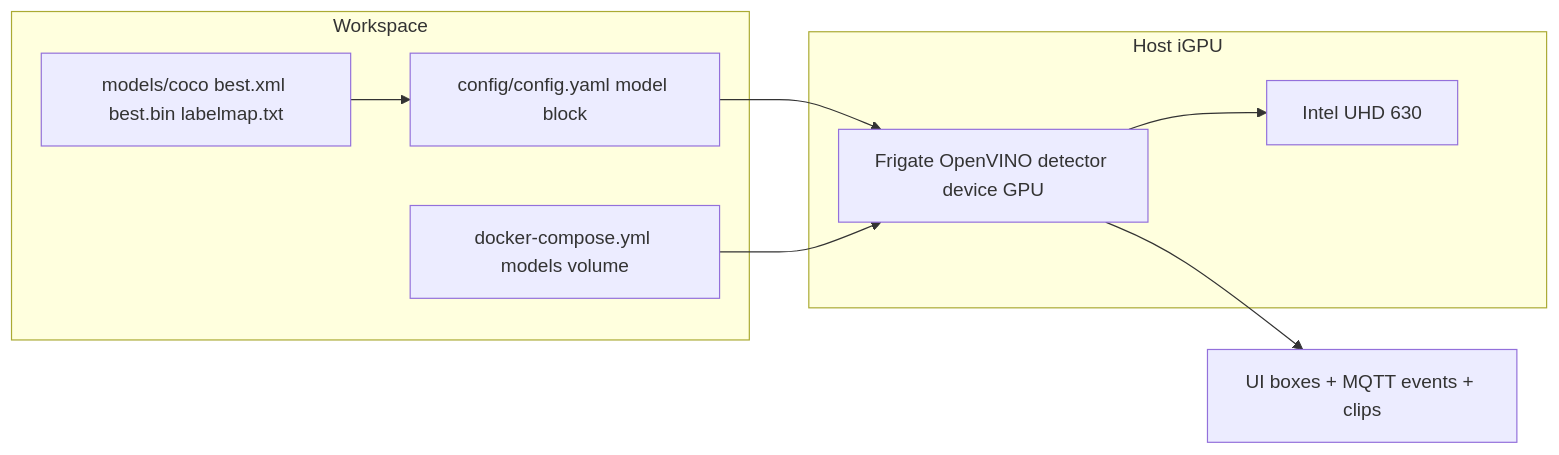
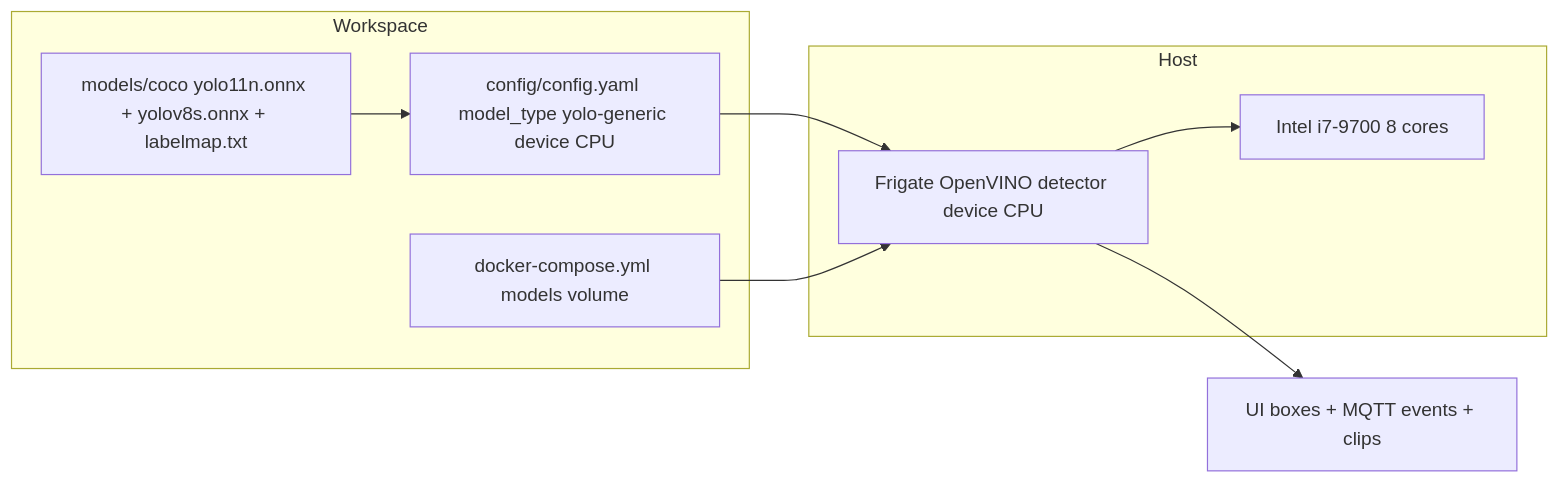
One commit to tabebqena/mazr3a changed the diagram in plans/replace-coco-with-yolo-on-igpu.md. Above: the diagram before and after it, drawn with Mermaid. The commit also changed other lines of this file and 5 other files, not shown here.

First line of the commit message:
feat(coco-model): plan+local prep to swap bundled SSD for YOLO COCO on CPU

````diff
--- a/plans/replace-coco-with-yolo-on-igpu.md
+++ b/plans/replace-coco-with-yolo-on-igpu.md
@@ -41,15 +51,15 @@
 ```mermaid
 flowchart LR
     subgraph Workspace
-        M[models/coco best.xml best.bin labelmap.txt]
-        C[config/config.yaml model block]
+        M[models/coco yolo11n.onnx + yolov8s.onnx + labelmap.txt]
+        C[config/config.yaml model_type yolo-generic device CPU]
         D[docker-compose.yml models volume]
     end
-    subgraph Host iGPU
-        F[Frigate OpenVINO detector device GPU]
-        I[Intel UHD 630]
+    subgraph Host
+        F[Frigate OpenVINO detector device CPU]
+        P[Intel i7-9700 8 cores]
     end
-    M --> C --> F --> I
+    M --> C --> F --> P
     D --> F
     F --> E[UI boxes + MQTT events + clips]
 ```
````
